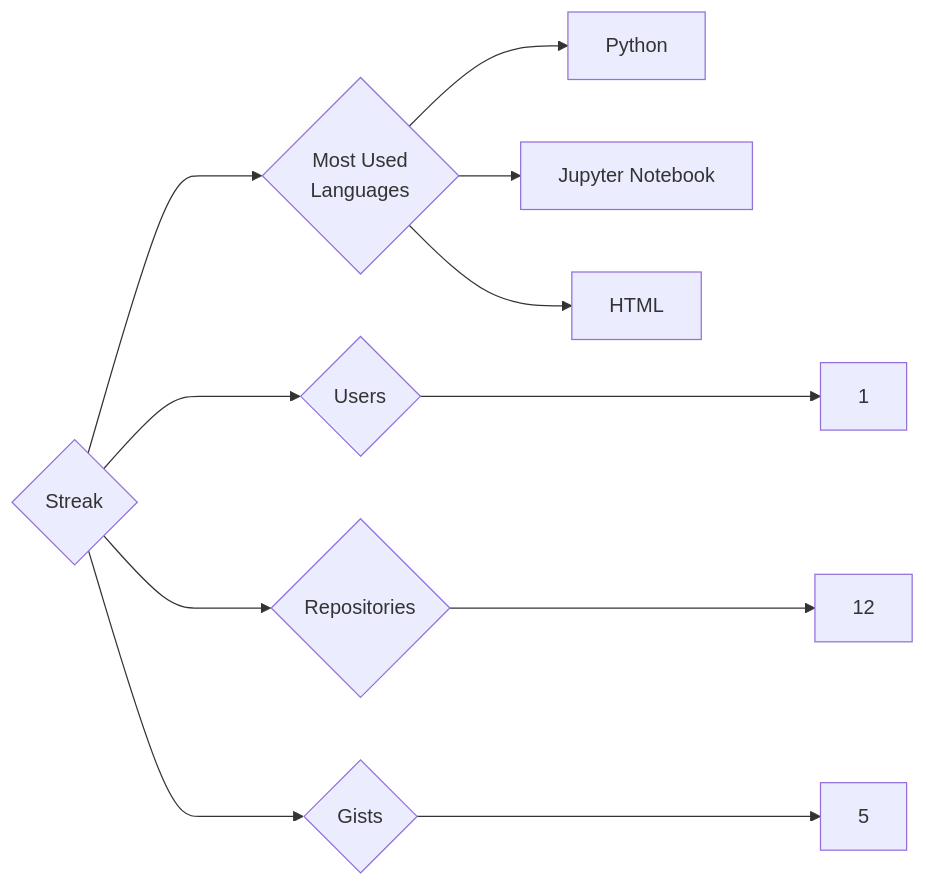
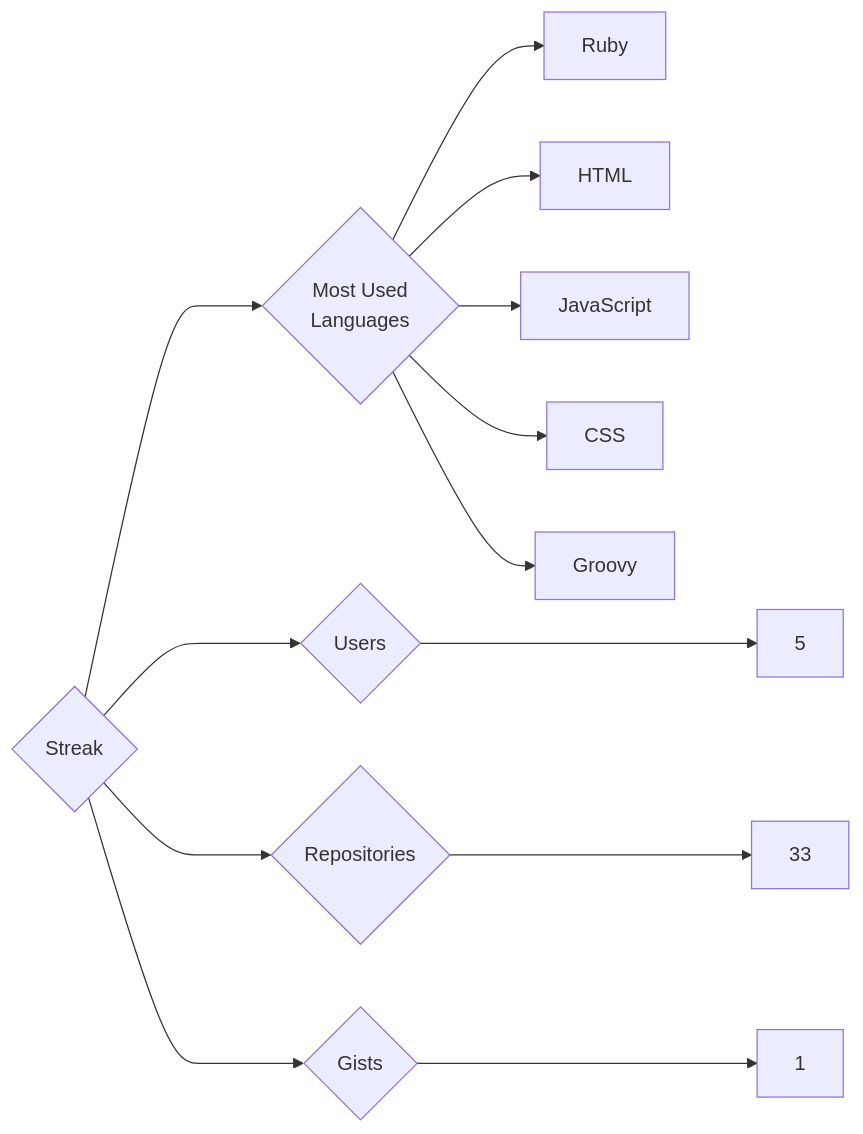
The diagram in targets/Streak/README.md (trickest/insiders), drawn with Mermaid before and after one commit. The commit also changed 972 other files, not shown here.

````diff
--- a/targets/Streak/README.md
+++ b/targets/Streak/README.md
@@ -3,11 +3,13 @@
 ```mermaid
 graph LR
 COMPANY_NAME{Streak}
-COMPANY_NAME ---> U{Users} ---> UN[1]
-COMPANY_NAME ---> R{Repositories} ---> RN[12]
-COMPANY_NAME ---> G{Gists} ---> GN[5]
+COMPANY_NAME ---> U{Users} ---> UN[5]
+COMPANY_NAME ---> R{Repositories} ---> RN[33]
+COMPANY_NAME ---> G{Gists} ---> GN[1]
 COMPANY_NAME ---> ML{Most Used<br>Languages}
-ML --> Python[Python]
-ML --> Jupyter_Notebook[Jupyter Notebook]
+ML --> Ruby[Ruby]
 ML --> HTML[HTML]
+ML --> JavaScript[JavaScript]
+ML --> CSS[CSS]
+ML --> Groovy[Groovy]
 ```
````
